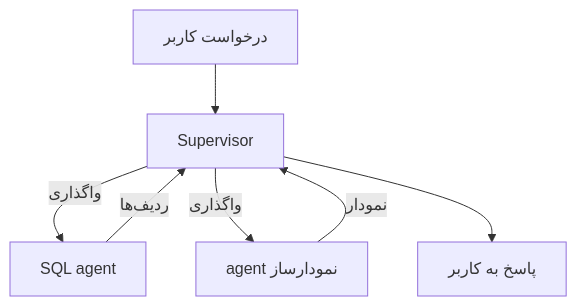
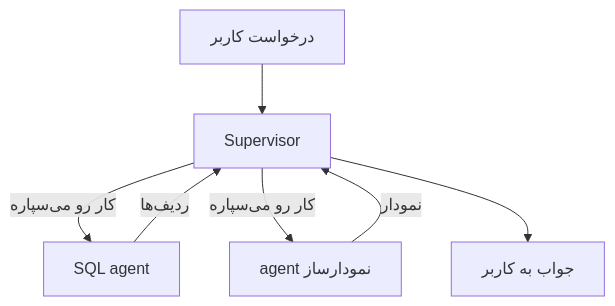
One commit to lokumai/ai-engineering-bazaar changed the first of 2 diagrams in mini-courses/1_fundamentals/multi_agent_fa.md. Above: the diagram before and after it, drawn with Mermaid. The commit also changed other lines of this file and 82 other files, not shown here.

````diff
--- a/mini-courses/1_fundamentals/multi_agent_fa.md
+++ b/mini-courses/1_fundamentals/multi_agent_fa.md
@@ -34,9 +36,9 @@
 ```mermaid
 graph TD
     A["درخواست کاربر"] --> B["Supervisor"]
-    B -->|واگذاری| C["SQL agent"]
+    B -->|کار رو می‌سپاره| C["SQL agent"]
     C -->|ردیف‌ها| B
-    B -->|واگذاری| D["agent نمودارساز"]
+    B -->|کار رو می‌سپاره| D["agent نمودارساز"]
     D -->|نمودار| B
-    B --> E["پاسخ به کاربر"]
+    B --> E["جواب به کاربر"]
 ```
````
